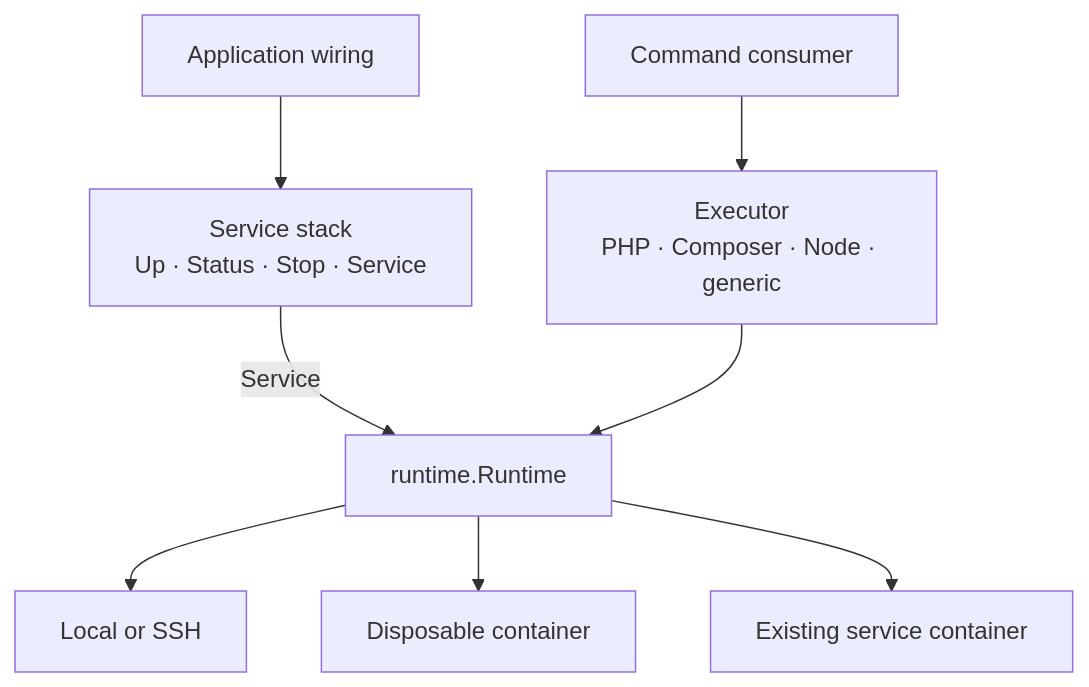
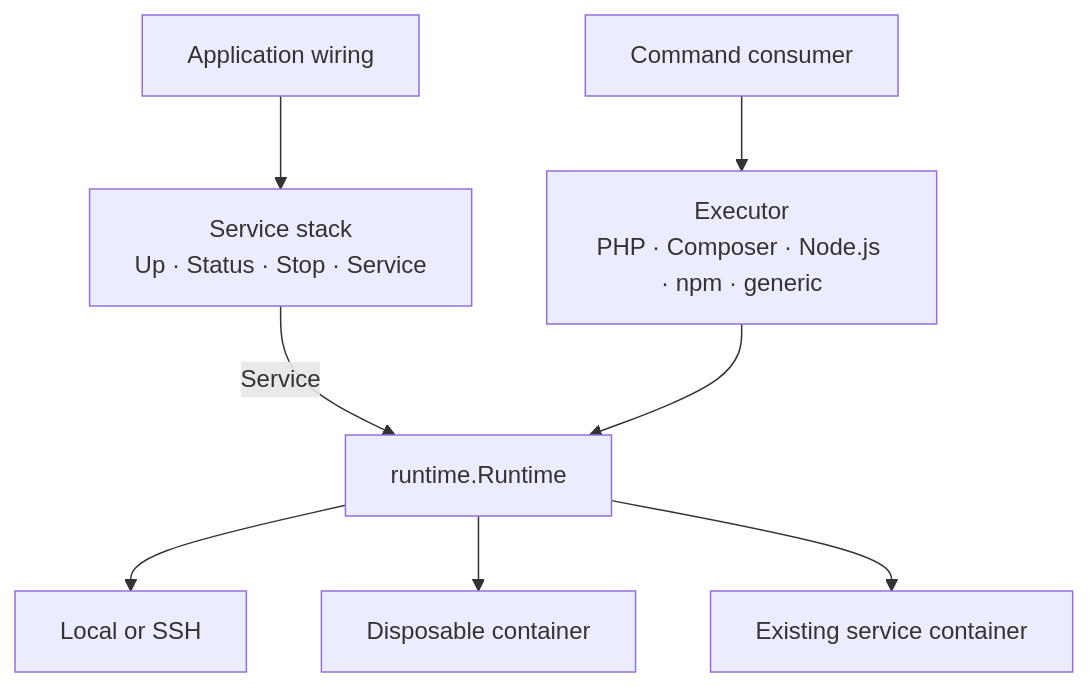
One commit to shopware/shopware-cli changed the first of 2 diagrams in docs/adr/2026-11-10-execution-runtime-model.md. Above: the diagram before and after it, drawn with Mermaid. The commit also changed other lines of this file and 10 other files, not shown here.

````diff
--- a/docs/adr/2026-11-10-execution-runtime-model.md
+++ b/docs/adr/2026-11-10-execution-runtime-model.md
@@ -79,10 +79,10 @@
 ```mermaid
 flowchart TB
     W["Application wiring"] --> S["Service stack<br/>Up · Status · Stop · Service"]
     S -->|Service| B["runtime.Runtime"]
-    C["Command consumer"] --> E["Executor<br/>PHP · Composer · Node · generic"]
+    C["Command consumer"] --> E["Executor<br/>PHP · Composer · Node.js · npm · generic"]
     E --> B
     B --> L["Local or SSH"]
     B --> D["Disposable container"]
     B --> P["Existing service container"]
 ```
````
